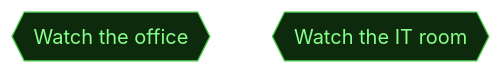
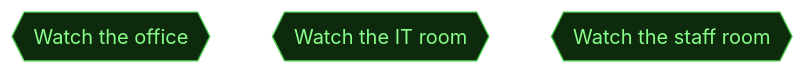
One commit to cliffe/BreakEscape changed the second of 5 diagrams in scenarios/test_needs_sims/dungeon_graph.md. Above: the diagram before and after it, drawn with Mermaid. The commit also changed other lines of this file and 12 other files, not shown here.

First line of the commit message:
SIMS-4: the staff-room pair (Keith and Jodie, m02's porter and domestic)

````diff
--- a/scenarios/test_needs_sims/dungeon_graph.md
+++ b/scenarios/test_needs_sims/dungeon_graph.md
@@ -93,24 +95,25 @@
 ```mermaid
 flowchart TD
 
   classDef room      fill:#0f2d2d,stroke:#22ddcc,color:#a0ffee
   classDef lock      fill:#2d0f0f,stroke:#e66060,color:#ffa0a0
   classDef key       fill:#2d0812,stroke:#e66060,color:#ffa0a0
   classDef item      fill:#2d1200,stroke:#e89030,color:#ffcc80
   classDef gate      fill:#111,stroke:#666,color:#eee
   classDef vm        fill:#0c1f40,stroke:#4a90d9,color:#a0c8ff
   classDef flag      fill:#1a0c2d,stroke:#9060d0,color:#cc99ff
   classDef action    fill:#1a1200,stroke:#cc9922,color:#ffee88
   classDef aim       fill:#0d2a0d,stroke:#44cc44,color:#88ff88
   classDef aim_gate  fill:#111111,stroke:#44cc44,color:#44cc44
   classDef container fill:#1a2d1a,stroke:#60b060,color:#a0e0a0
   classDef npc       fill:#2d1f0d,stroke:#d0a050,color:#ffe0a0
   classDef critical  fill:#2a1500,stroke:#ffaa00,color:#ffdd88
   classDef start     fill:#003322,stroke:#00ffaa,color:#00ffaa
 
   aim_watch_the_office{{"Watch the office"}}
   aim_watch_it{{"Watch the IT room"}}
+  aim_watch_the_staff_room{{"Watch the staff room"}}
 
 
-  class aim_watch_the_office,aim_watch_it aim
+  class aim_watch_the_office,aim_watch_it,aim_watch_the_staff_room aim
 ```
````
